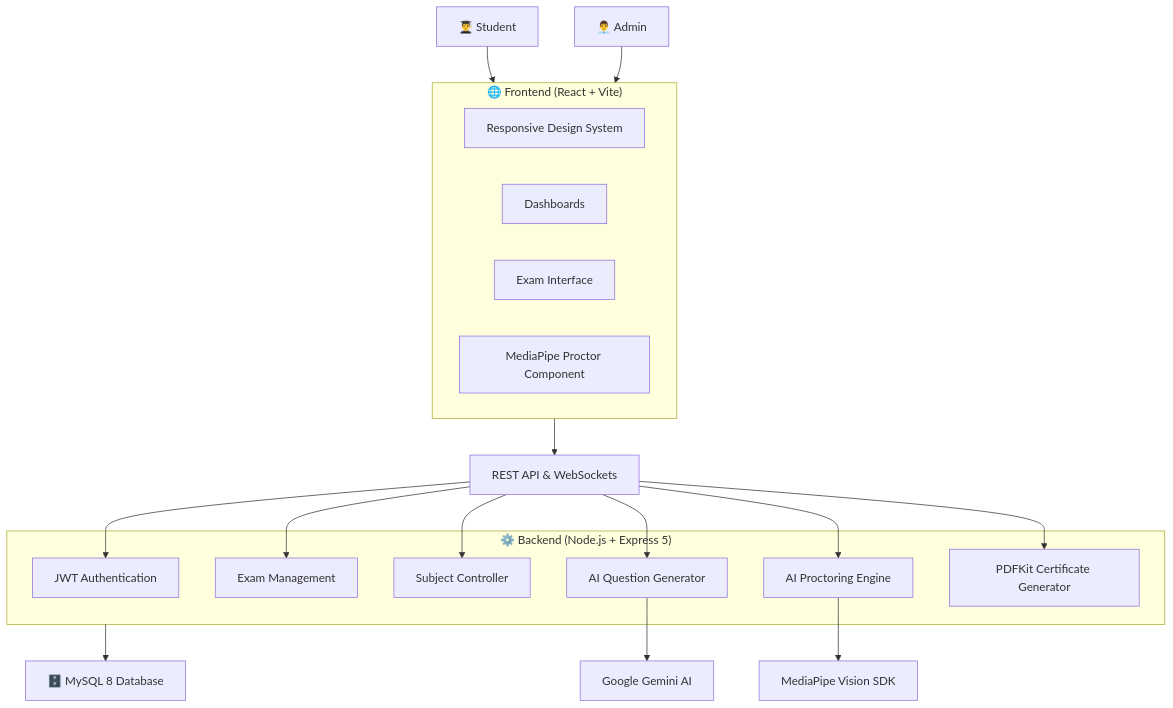
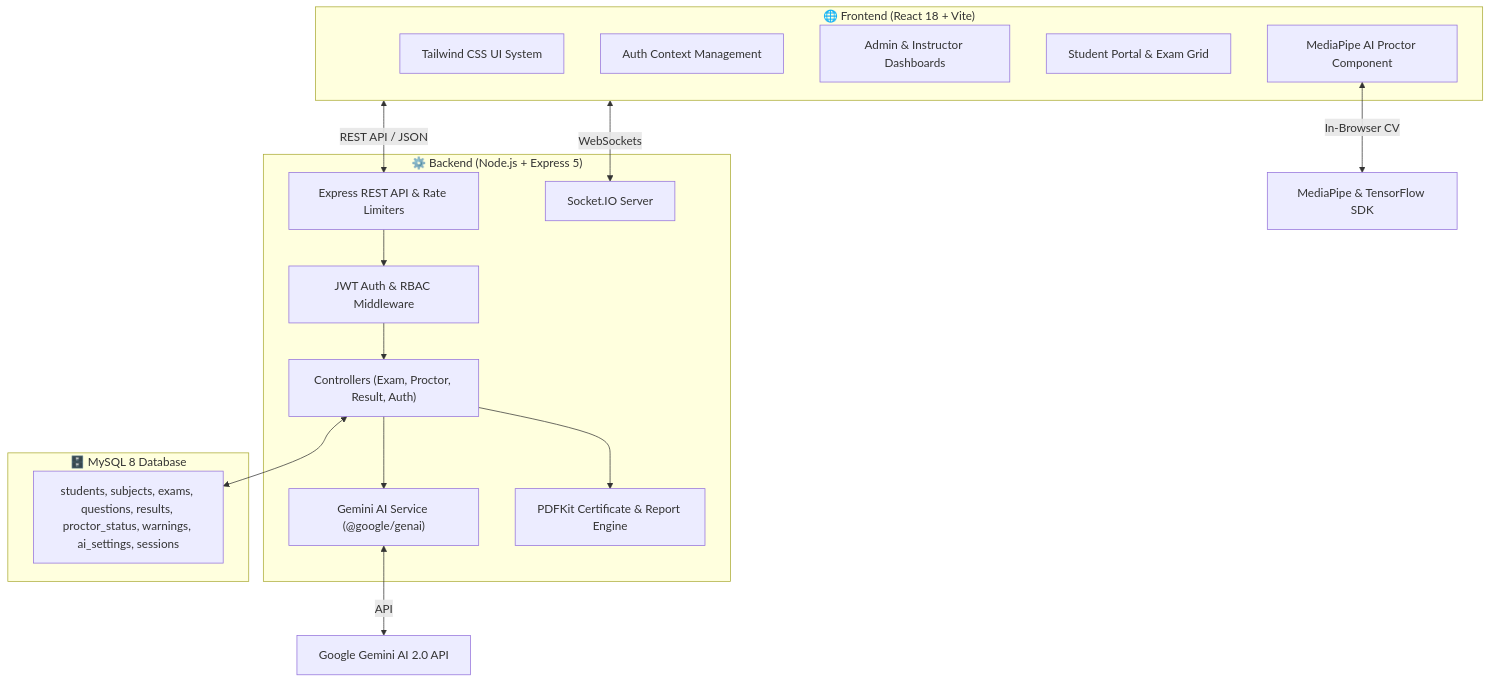
The first of 3 diagrams in README.md (zaid46kazi-wq/Smart-AI-Online-Examination-Portal), drawn with Mermaid before and after one commit. The commit also changed other lines of this file and 70 other files, not shown here.

First line of the commit message:
feat: add AI subjective evaluation, AI study chatbot, UI design system, and offline MediaPipe assets

````diff
--- a/README.md
+++ b/README.md
@@ -94,38 +50,32 @@
 ```mermaid
 flowchart TB
-    Student["👨‍🎓 Student"]
-    Admin["👨‍💼 Admin"]
-
-    Student --> Frontend
-    Admin --> Frontend
-
-    subgraph Frontend["🌐 Frontend (React + Vite)"]
-        UI["Responsive Design System"]
-        Dashboard["Dashboards"]
-        ExamUI["Exam Interface"]
-        ProctorUI["MediaPipe Proctor Component"]
+    subgraph Client["🌐 Frontend (React 18 + Vite)"]
+        UI["Tailwind CSS UI System"]
+        AuthContext["Auth Context Management"]
+        AdminUI["Admin & Instructor Dashboards"]
+        StudentUI["Student Portal & Exam Grid"]
+        MPProctor["MediaPipe AI Proctor Component"]
     end
 
-    Frontend --> API["REST API & WebSockets"]
-
-    subgraph Backend["⚙️ Backend (Node.js + Express 5)"]
-        Auth["JWT Authentication"]
-        Exam["Exam Management"]
-        Subject["Subject Controller"]
-        Question["AI Question Generator"]
-        AI["AI Proctoring Engine"]
-        Report["PDFKit Certificate Generator"]
+    subgraph Server["⚙️ Backend (Node.js + Express 5)"]
+        Routes["Express REST API & Rate Limiters"]
+        AuthMid["JWT Auth & RBAC Middleware"]
+        Controllers["Controllers (Exam, Proctor, Result, Auth)"]
+        AIService["Gemini AI Service (@google/genai)"]
+        PDFService["PDFKit Certificate & Report Engine"]
+        SocketIO["Socket.IO Server"]
     end
 
-    API --> Auth
-    API --> Exam
-    API --> Subject
-    API --> Question
-    API --> AI
-    API --> Report
+    subgraph Database["🗄️ MySQL 8 Database"]
+        Tables["students, subjects, exams, questions, results, proctor_status, warnings, ai_settings, sessions"]
+    end
 
-    AI --> MediaPipe["MediaPipe Vision SDK"]
-    Question --> Gemini["Google Gemini AI"]
-
-    Backend --> MySQL["🗄️ MySQL 8 Database"]
+    Client <-->|REST API / JSON| Routes
+    Client <-->|WebSockets| SocketIO
+    Routes --> AuthMid --> Controllers
+    Controllers --> AIService
+    Controllers --> PDFService
+    Controllers <--> Tables
+    AIService <-->|API| GoogleGemini["Google Gemini AI 2.0 API"]
+    MPProctor <-->|In-Browser CV| MediaPipe["MediaPipe & TensorFlow SDK"]
 ```
````
